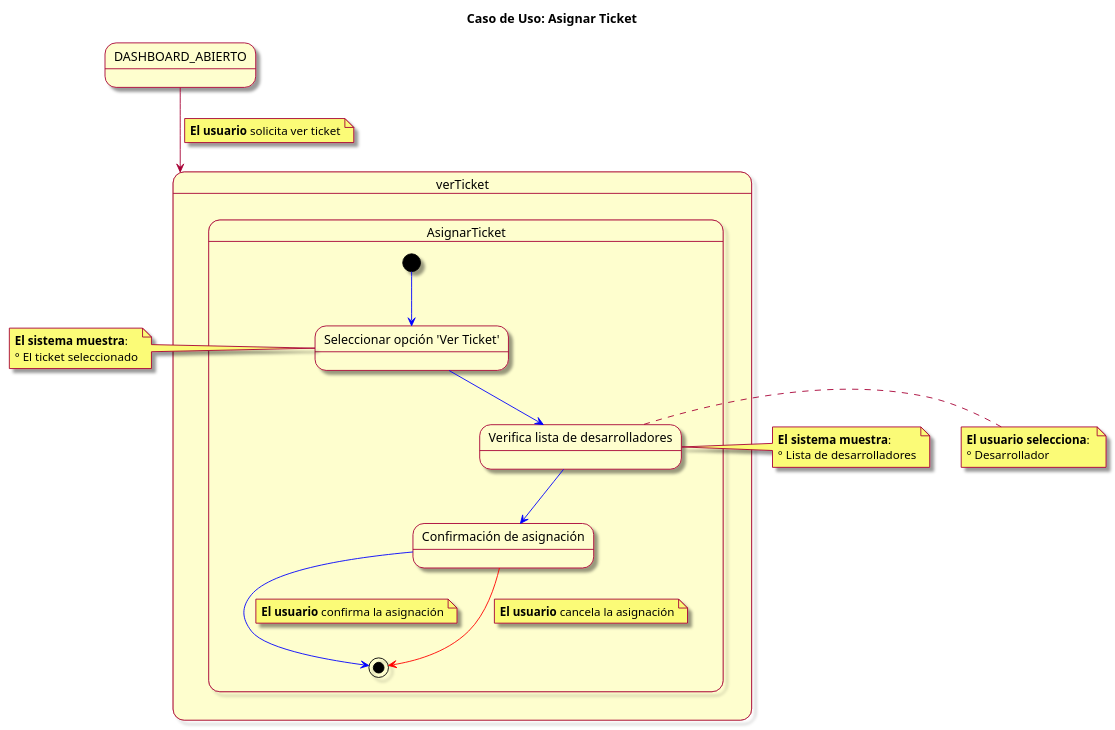
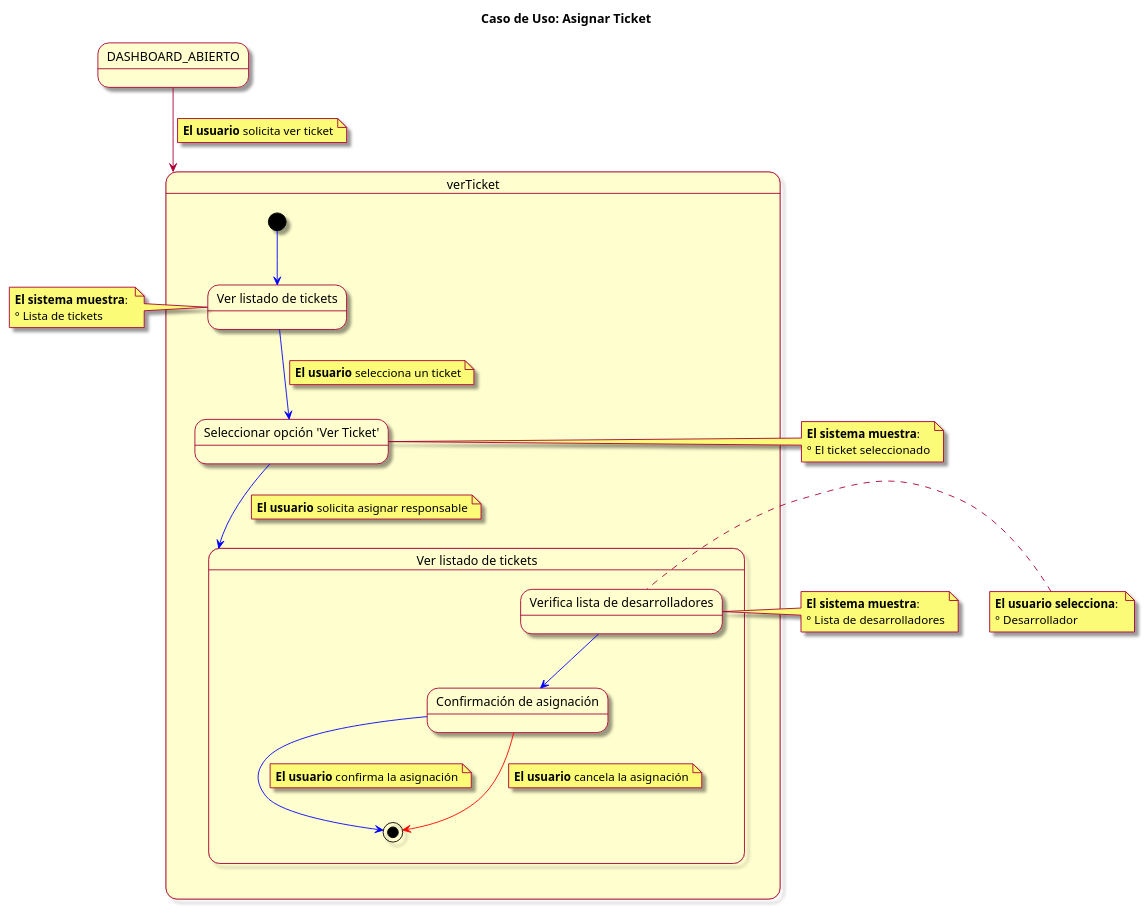
Before and after one commit to mmasias/23-24-IdSw1-SDR: the diagram in modelosUML/CasosDeUsos/CasosDetallados/AsignarTicket.puml, drawn with PlantUML. The commit also changed 1 other file, not shown here.

Commit message:
Casos de uso asignar y cerrar

```diff
--- a/modelosUML/CasosDeUsos/CasosDetallados/AsignarTicket.puml
+++ b/modelosUML/CasosDeUsos/CasosDetallados/AsignarTicket.puml
@@ -1,42 +1,50 @@
 @startuml
 skin rose
 title Caso de Uso: Asignar Ticket
 
 state DASHBOARD_ABIERTO
 
 DASHBOARD_ABIERTO --> verTicket
 note on link: **El usuario** solicita ver ticket
 state verTicket {
-
-
-  state AsignarTicket {
-    [*] -[#blue]-> seleccionarOpcionVer
-    state "Seleccionar opción 'Ver Ticket'" as seleccionarOpcionVer
-    seleccionarOpcionVer -[#blue]-> ingresarVerTicket
+ [*] -[#blue]-> verlistadoTickets
+ state "Ver listado de tickets" as verlistadoTickets
+verlistadoTickets -[#blue]-> seleccionarOpcionVer
+state "Ver listado de tickets" as AsignarTicket
+note on link : **El usuario** selecciona un ticket
+ state "Seleccionar opción 'Ver Ticket'" as seleccionarOpcionVer
+    seleccionarOpcionVer -[#blue]-> AsignarTicket
+   note on link: **El usuario** solicita asignar responsable
+   state AsignarTicket {
     state "Verifica lista de desarrolladores" as ingresarVerTicket
     ingresarVerTicket -[#blue]-> confirmarAsignacion
     state "Confirmación de asignación" as confirmarAsignacion
     confirmarAsignacion -[#blue]-> [*]
     note on link: **El usuario** confirma la asignación
     
     confirmarAsignacion -[#red]-> [*]
     note on link: **El usuario** cancela la asignación
+    
   }
 }
+note left of verlistadoTickets
+  **El sistema muestra**: 
+  ° Lista de tickets
+end note
 
 note left of seleccionarOpcionVer
   **El sistema muestra**: 
   ° El ticket seleccionado
 end note
 
 note left of ingresarVerTicket
   **El sistema muestra**: 
   ° Lista de desarrolladores
 end note
 
 note left of ingresarVerTicket
   **El usuario selecciona**: 
   ° Desarrollador 
 end note
 
 @enduml
```
